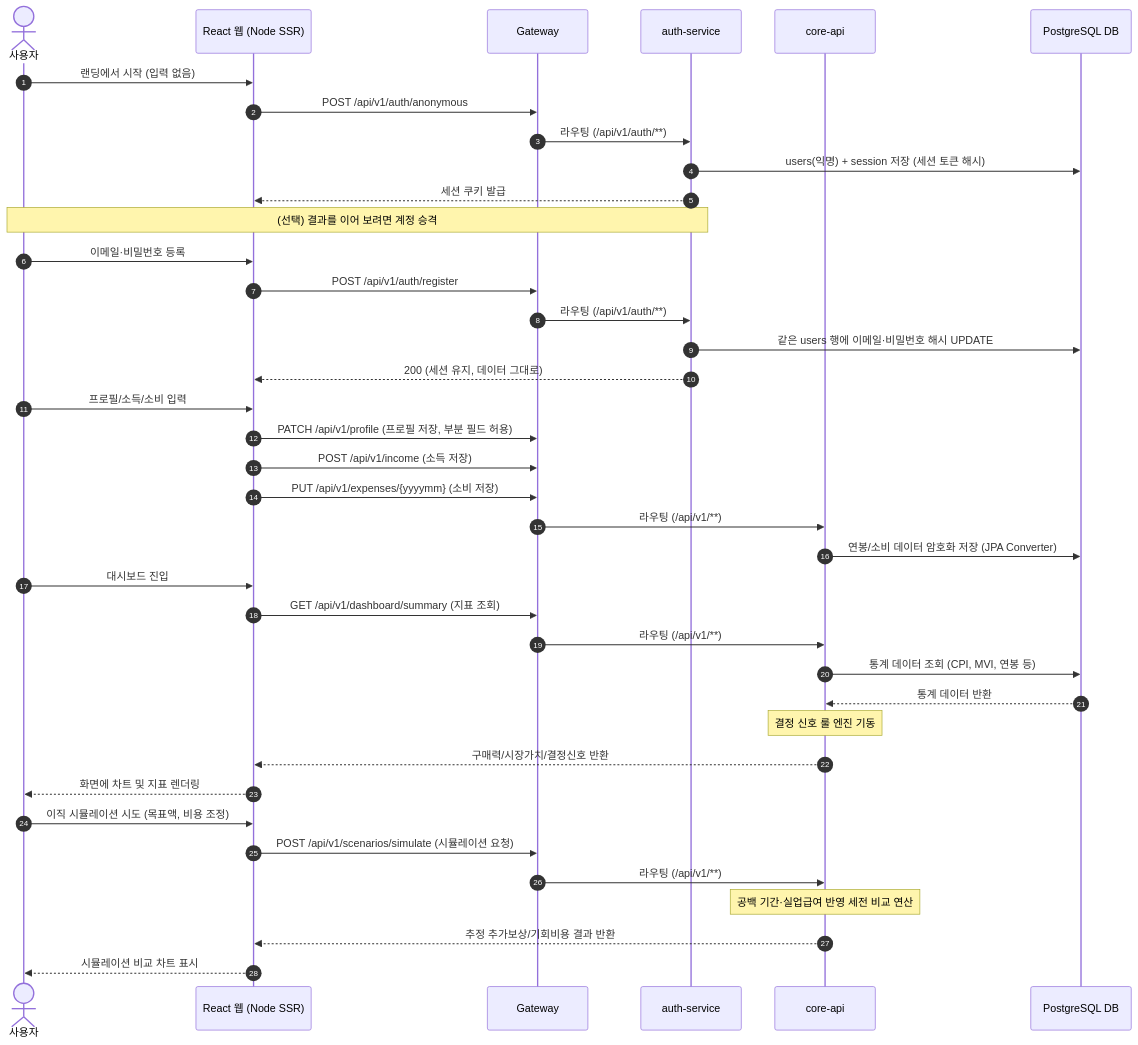
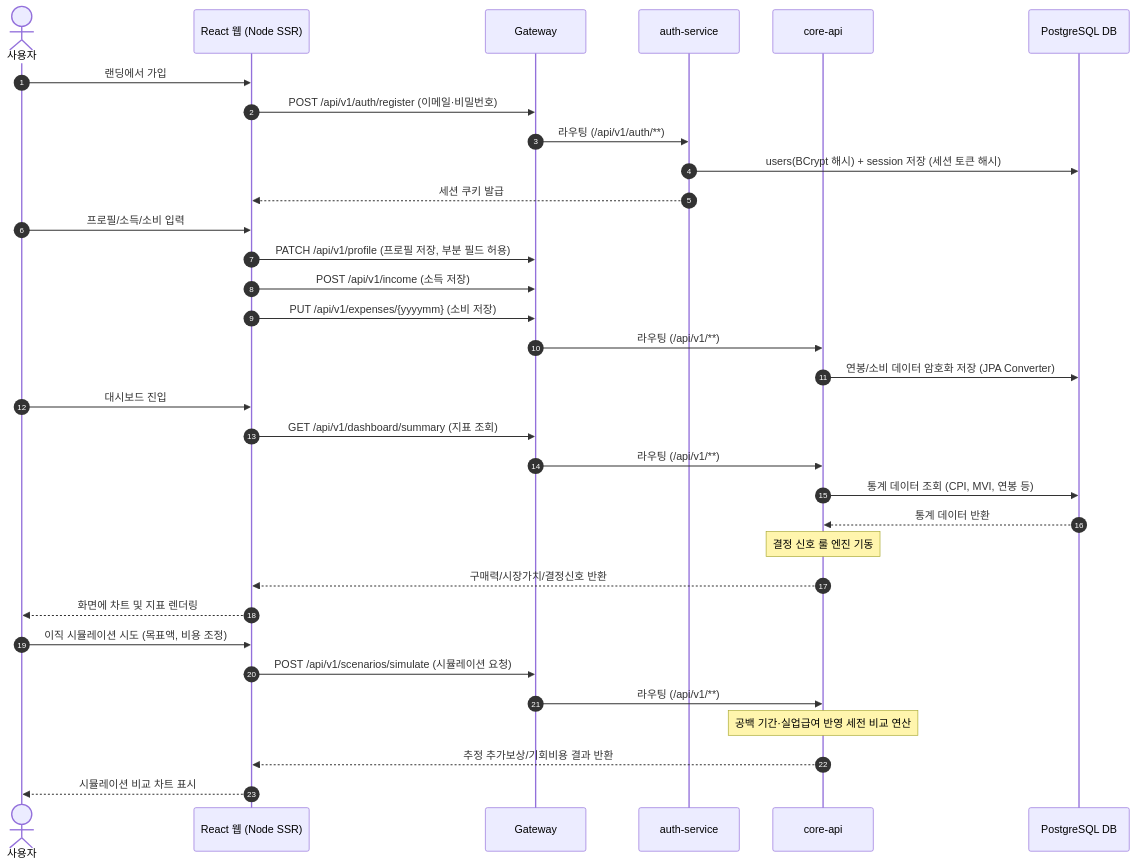
One commit to SeoHyeokGyu/Carix changed the fifth of 5 diagrams in docs/specs/application-workflow.md. Above: the diagram before and after it, drawn with Mermaid. The commit also changed other lines of this file and 16 other files, not shown here.

First line of the commit message:
docs(auth): 익명 세션을 걷고 이메일·비밀번호 계정 필수로 되돌린다

````diff
--- a/docs/specs/application-workflow.md
+++ b/docs/specs/application-workflow.md
@@ -182,42 +182,36 @@
 ```mermaid
 sequenceDiagram
     autonumber
     actor User as 사용자
     participant Web as React 웹 (Node SSR)
     participant GW as Gateway
     participant Auth as auth-service
     participant Core as core-api
     participant DB as PostgreSQL DB
 
-    User->>Web: 랜딩에서 시작 (입력 없음)
-    Web->>GW: POST /api/v1/auth/anonymous
+    User->>Web: 랜딩에서 가입
+    Web->>GW: POST /api/v1/auth/register (이메일·비밀번호)
     GW->>Auth: 라우팅 (/api/v1/auth/**)
-    Auth->>DB: users(익명) + session 저장 (세션 토큰 해시)
+    Auth->>DB: users(BCrypt 해시) + session 저장 (세션 토큰 해시)
     Auth-->>Web: 세션 쿠키 발급
-    Note over User, Auth: (선택) 결과를 이어 보려면 계정 승격
-    User->>Web: 이메일·비밀번호 등록
-    Web->>GW: POST /api/v1/auth/register
-    GW->>Auth: 라우팅 (/api/v1/auth/**)
-    Auth->>DB: 같은 users 행에 이메일·비밀번호 해시 UPDATE
-    Auth-->>Web: 200 (세션 유지, 데이터 그대로)
     User->>Web: 프로필/소득/소비 입력
     Web->>GW: PATCH /api/v1/profile (프로필 저장, 부분 필드 허용)
     Web->>GW: POST /api/v1/income (소득 저장)
     Web->>GW: PUT /api/v1/expenses/{yyyymm} (소비 저장)
     GW->>Core: 라우팅 (/api/v1/**)
     Core->>DB: 연봉/소비 데이터 암호화 저장 (JPA Converter)
     User->>Web: 대시보드 진입
     Web->>GW: GET /api/v1/dashboard/summary (지표 조회)
     GW->>Core: 라우팅 (/api/v1/**)
     Core->>DB: 통계 데이터 조회 (CPI, MVI, 연봉 등)
     DB-->>Core: 통계 데이터 반환
     Note over Core: 결정 신호 룰 엔진 기동
     Core-->>Web: 구매력/시장가치/결정신호 반환
     Web-->>User: 화면에 차트 및 지표 렌더링
     User->>Web: 이직 시뮬레이션 시도 (목표액, 비용 조정)
     Web->>GW: POST /api/v1/scenarios/simulate (시뮬레이션 요청)
     GW->>Core: 라우팅 (/api/v1/**)
     Note over Core: 공백 기간·실업급여 반영 세전 비교 연산
     Core-->>Web: 추정 추가보상/기회비용 결과 반환
     Web-->>User: 시뮬레이션 비교 차트 표시
 ```
````
